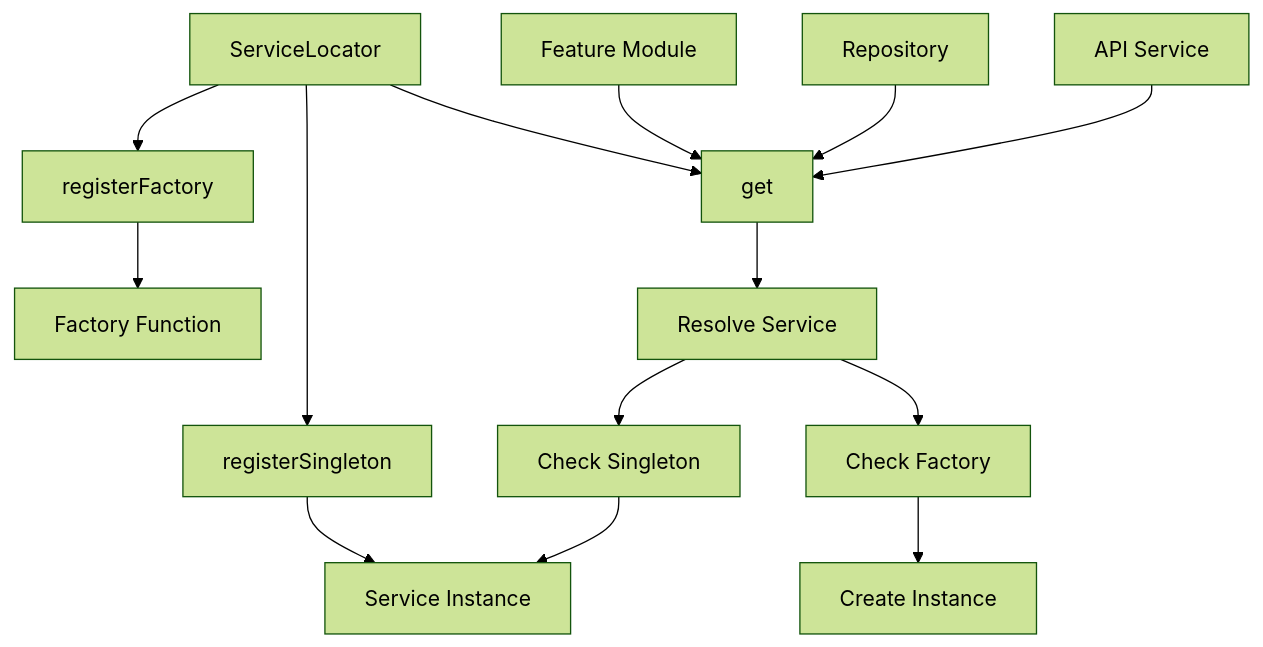
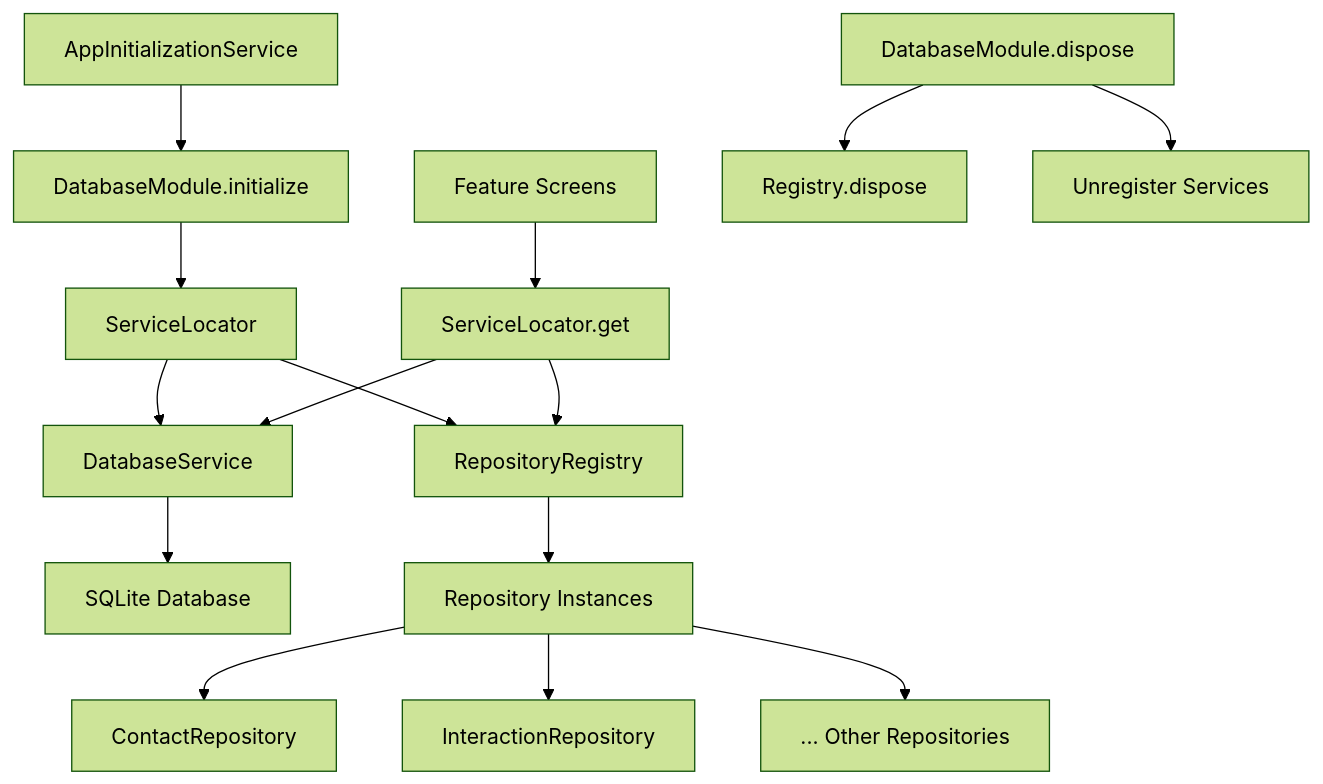
One commit to davidmohamedfr/Monica-Companion changed the first of 3 diagrams in aidd-docs/memory-bank/mobile/ARCHITECTURE.md. Above: the diagram before and after it, drawn with Mermaid (forest theme). The commit also changed other lines of this file and 10 other files, not shown here.

````diff
--- a/aidd-docs/memory-bank/mobile/ARCHITECTURE.md
+++ b/aidd-docs/memory-bank/mobile/ARCHITECTURE.md
@@ -94,19 +149,22 @@
 ```mermaid
 graph TD
-    A[ServiceLocator] --> B[registerSingleton]
-    A --> C[registerFactory]
-    A --> D[get<T>]
+    A[AppInitializationService] --> B[DatabaseModule.initialize]
+    B --> C[ServiceLocator]
 
-    B --> E[Service Instance]
-    C --> F[Factory Function]
-    D --> G[Resolve Service]
+    C --> D[DatabaseService]
+    C --> E[RepositoryRegistry]
 
-    G --> H[Check Singleton]
-    G --> I[Check Factory]
-    H --> E
-    I --> J[Create Instance]
+    D --> F[SQLite Database]
+    E --> G[Repository Instances]
 
-    K[Feature Module] --> D
-    L[Repository] --> D
-    M[API Service] --> D
+    G --> H[ContactRepository]
+    G --> I[InteractionRepository]
+    G --> J[... Other Repositories]
+
+    K[Feature Screens] --> L[ServiceLocator.get<T>]
+    L --> E
+    L --> D
+
+    M[DatabaseModule.dispose] --> N[Registry.dispose]
+    M --> O[Unregister Services]
 ```
````
